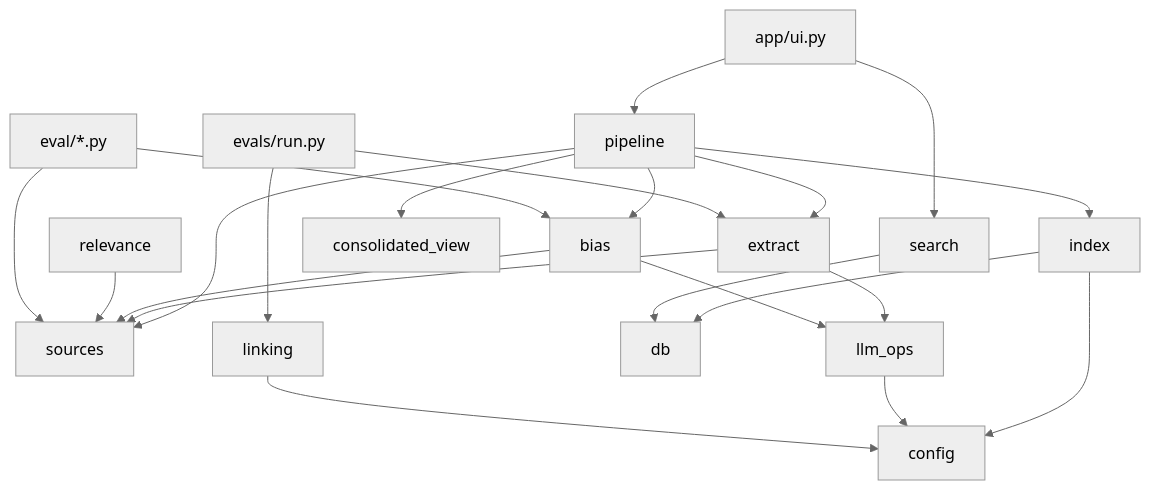
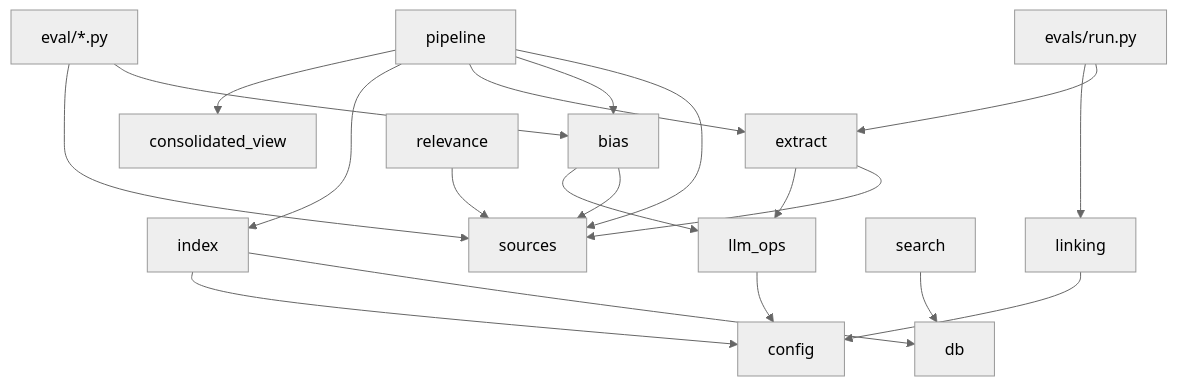
One commit to dxlpi/slime-review changed the second of 2 diagrams in ARCHITECTURE.md. Above: the diagram before and after it, drawn with Mermaid (neutral theme). The commit also changed other lines of this file and 10 other files, not shown here.

````diff
--- a/ARCHITECTURE.md
+++ b/ARCHITECTURE.md
@@ -42,24 +49,22 @@
 ```mermaid
 flowchart TD
-  ui[app/ui.py] --> pipeline
-  ui --> search
   pipeline --> sources
   pipeline --> bias
   pipeline --> extract
   pipeline --> index
   pipeline --> consolidated_view
   extract --> sources
   extract --> llm_ops
   bias --> sources
   bias --> llm_ops
   relevance --> sources
   index --> db
   search --> db
   index --> config
   llm_ops --> config
   linking --> config
   evals[evals/run.py] --> extract
   evals --> linking
   eval_tests[eval/*.py] --> bias
   eval_tests --> sources
 ```
````
